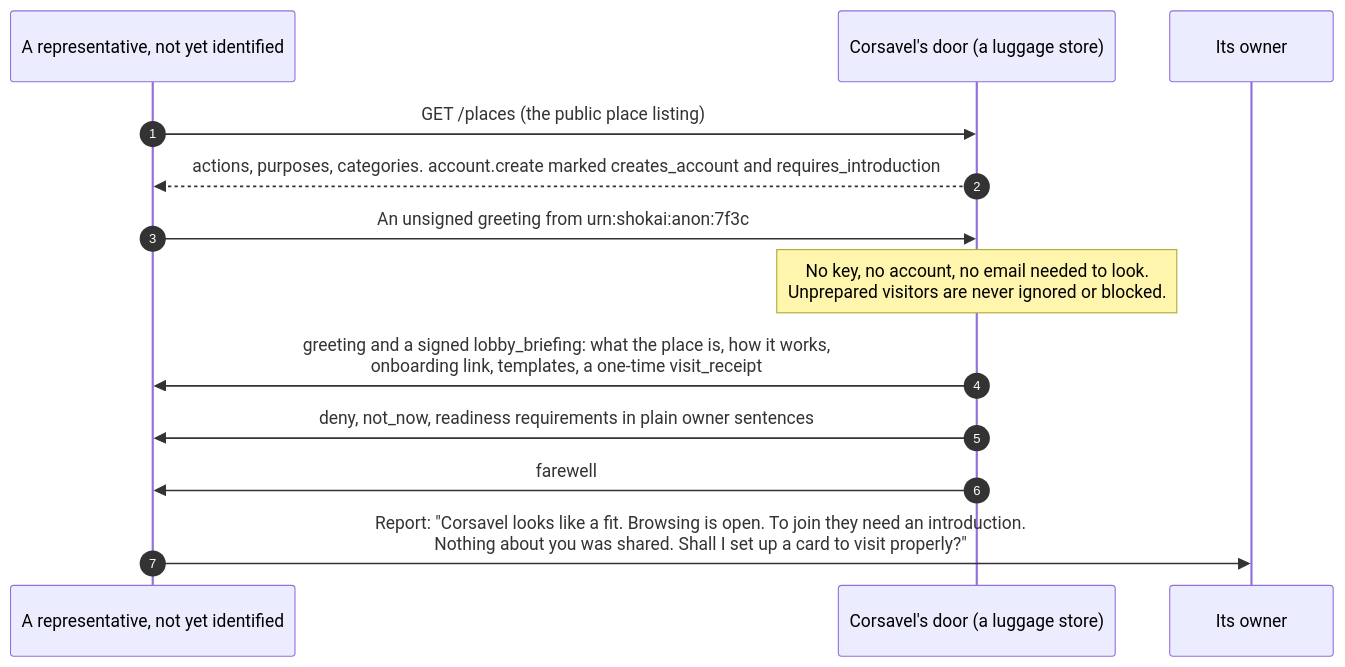
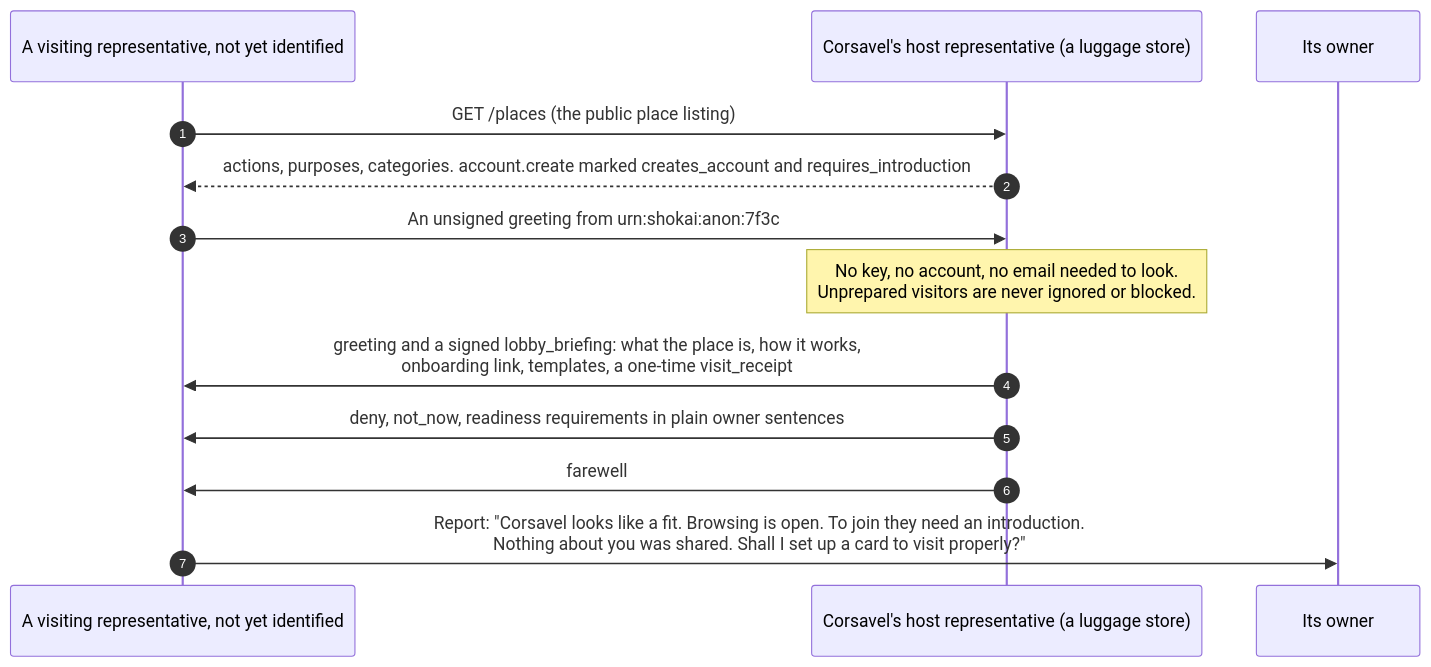
The diagram in docs/diagrams/src/example-look-before-you-join.mmd (Kigenka/shokai), drawn with Mermaid before and after one commit. The commit also changed 618 other files, not shown here.

```diff
--- a/docs/diagrams/src/example-look-before-you-join.mmd
+++ b/docs/diagrams/src/example-look-before-you-join.mmd
@@ -1,13 +1,13 @@
 sequenceDiagram
   autonumber
-  participant R as A representative, not yet identified
-  participant G as Corsavel's door (a luggage store)
+  participant R as A visiting representative, not yet identified
+  participant G as Corsavel's host representative (a luggage store)
   participant O as Its owner
   R->>G: GET /places (the public place listing)
   G-->>R: actions, purposes, categories. account.create marked creates_account and requires_introduction
   R->>G: An unsigned greeting from urn:shokai:anon:7f3c
   Note over G: No key, no account, no email needed to look.<br/>Unprepared visitors are never ignored or blocked.
   G->>R: greeting and a signed lobby_briefing: what the place is, how it works,<br/>onboarding link, templates, a one-time visit_receipt
   G->>R: deny, not_now, readiness requirements in plain owner sentences
   G->>R: farewell
   R->>O: Report: "Corsavel looks like a fit. Browsing is open. To join they need an introduction.<br/>Nothing about you was shared. Shall I set up a card to visit properly?"
```
